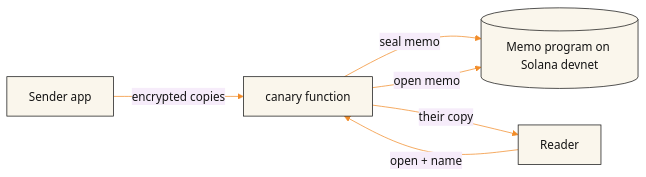
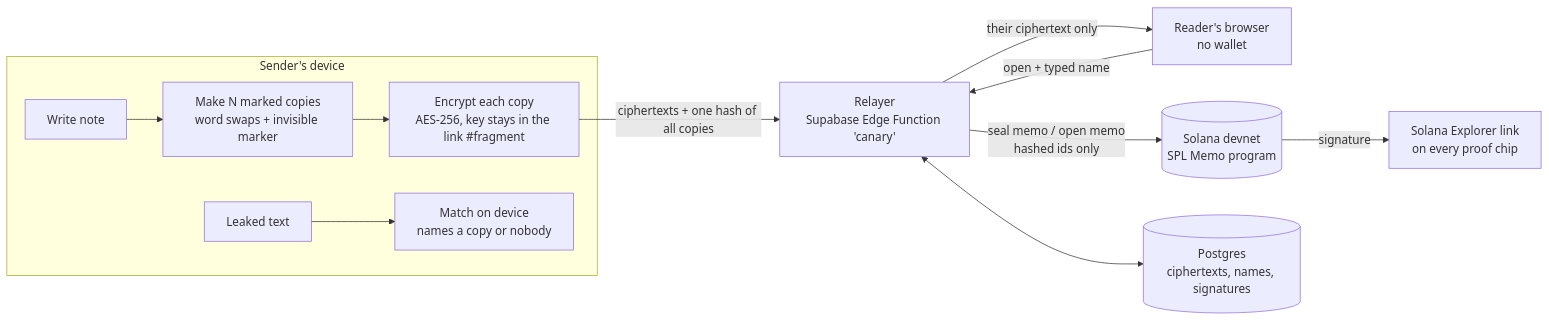
One commit to https-shubhamsahu/nosus-canary changed the diagram in README.md. Above: the diagram before and after it, drawn with Mermaid. The commit also changed other lines of this file and 23 other files, not shown here.

````diff
--- a/README.md
+++ b/README.md
@@ -88,9 +101,14 @@
 ```mermaid
-%%{init: {'theme':'base','themeVariables':{'primaryColor':'#FAF6EC','primaryTextColor':'#141414','primaryBorderColor':'#141414','lineColor':'#F28C28','fontFamily':'monospace'}}}%%
 flowchart LR
-  S["Sender app"] -- "encrypted copies" --> F["canary function"]
-  F -- "seal memo" --> M[("Memo program on Solana devnet")]
-  R["Reader"] -- "open + name" --> F
-  F -- "open memo" --> M
-  F -- "their copy" --> R
+  subgraph S["Sender's device"]
+    W["Write note"] --> K["Make N marked copies<br/>word swaps + invisible marker"]
+    K --> E["Encrypt each copy<br/>AES-256, key stays in the link #fragment"]
+    L["Leaked text"] --> M["Match on device<br/>names a copy or nobody"]
+  end
+  E -- "ciphertexts + one hash of all copies" --> F["Relayer<br/>Supabase Edge Function 'canary'"]
+  RD["Reader's browser<br/>no wallet"] -- "open + typed name" --> F
+  F -- "their ciphertext only" --> RD
+  F -- "seal memo / open memo<br/>hashed ids only" --> SOL[("Solana devnet<br/>SPL Memo program")]
+  SOL -- "signature" --> X["Solana Explorer link<br/>on every proof chip"]
+  F <--> DB[("Postgres<br/>ciphertexts, names, signatures")]
 ```
````
